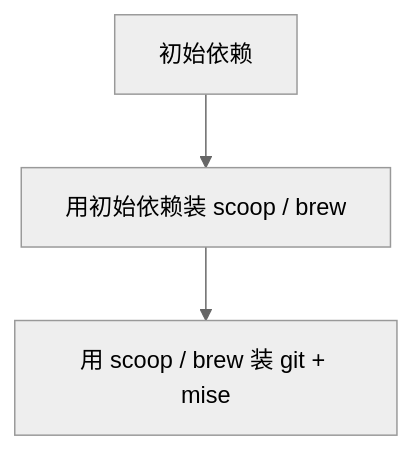
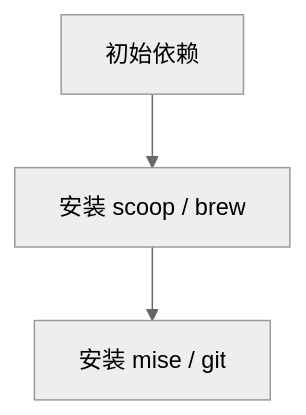
The first of 4 diagrams in .docs/BOOTSTRAP.md (Juemuren/.dotfiles), drawn with Mermaid (neutral theme) before and after one commit. The commit also changed other lines of this file and 1 other file, not shown here.

````diff
--- a/.docs/BOOTSTRAP.md
+++ b/.docs/BOOTSTRAP.md
@@ -23,6 +25,6 @@
 ```mermaid
 flowchart TD
   T0["初始依赖"]
-    --> T1["用初始依赖装 scoop / brew"]
-    --> T2["用 scoop / brew 装 git + mise"]
+    --> T1["安装 scoop / brew"]
+    --> T2["安装 mise / git"]
 ```
````
